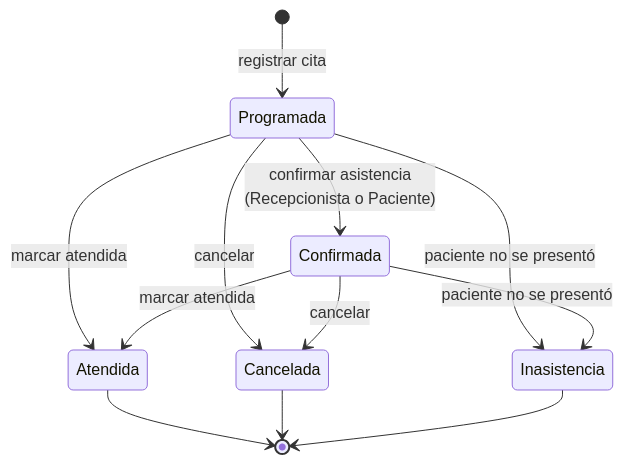
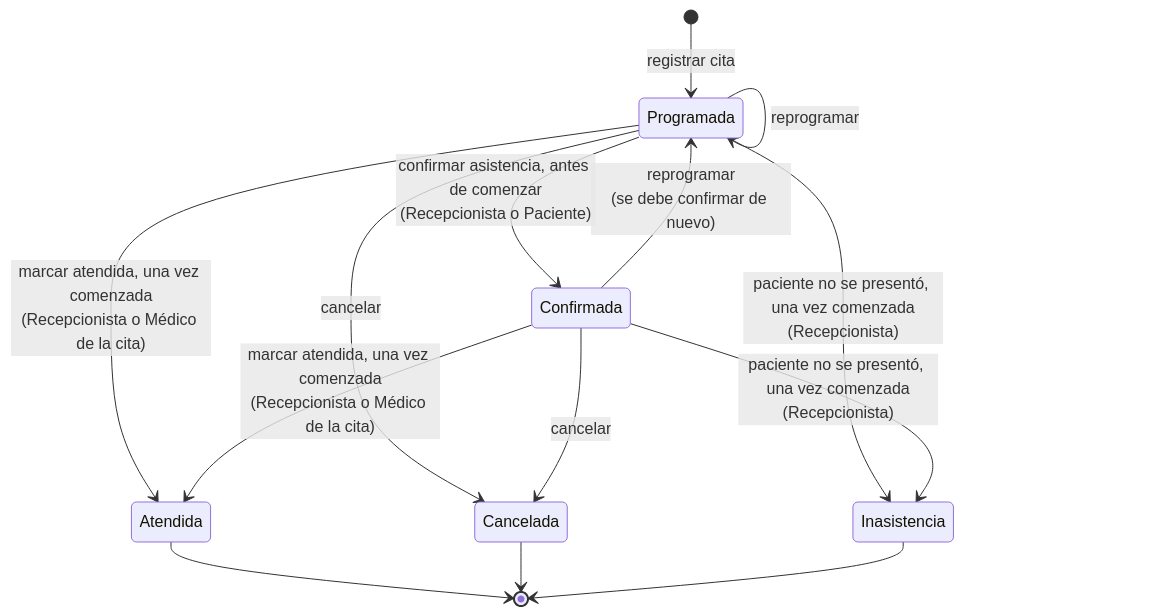
Diagram 19 of 37 in documento/Informe-Final.md (Einarpd26/2do-examen-ing-requisitos), drawn with Mermaid before and after one commit. The commit also changed other lines of this file, not shown here.

````diff
--- a/documento/Informe-Final.md
+++ b/documento/Informe-Final.md
@@ -1451,14 +1451,16 @@
 ```mermaid
 stateDiagram-v2
     [*] --> Programada : registrar cita
-    Programada --> Confirmada : confirmar asistencia<br/>(Recepcionista o Paciente)
+    Programada --> Confirmada : confirmar asistencia, antes de comenzar<br/>(Recepcionista o Paciente)
+    Programada --> Programada : reprogramar
+    Confirmada --> Programada : reprogramar<br/>(se debe confirmar de nuevo)
     Programada --> Cancelada : cancelar
     Confirmada --> Cancelada : cancelar
-    Programada --> Atendida : marcar atendida
-    Confirmada --> Atendida : marcar atendida
-    Programada --> Inasistencia : paciente no se presentó
-    Confirmada --> Inasistencia : paciente no se presentó
+    Programada --> Atendida : marcar atendida, una vez comenzada<br/>(Recepcionista o Médico de la cita)
+    Confirmada --> Atendida : marcar atendida, una vez comenzada<br/>(Recepcionista o Médico de la cita)
+    Programada --> Inasistencia : paciente no se presentó, una vez comenzada<br/>(Recepcionista)
+    Confirmada --> Inasistencia : paciente no se presentó, una vez comenzada<br/>(Recepcionista)
     Atendida --> [*]
     Cancelada --> [*]
     Inasistencia --> [*]
 ```
````
